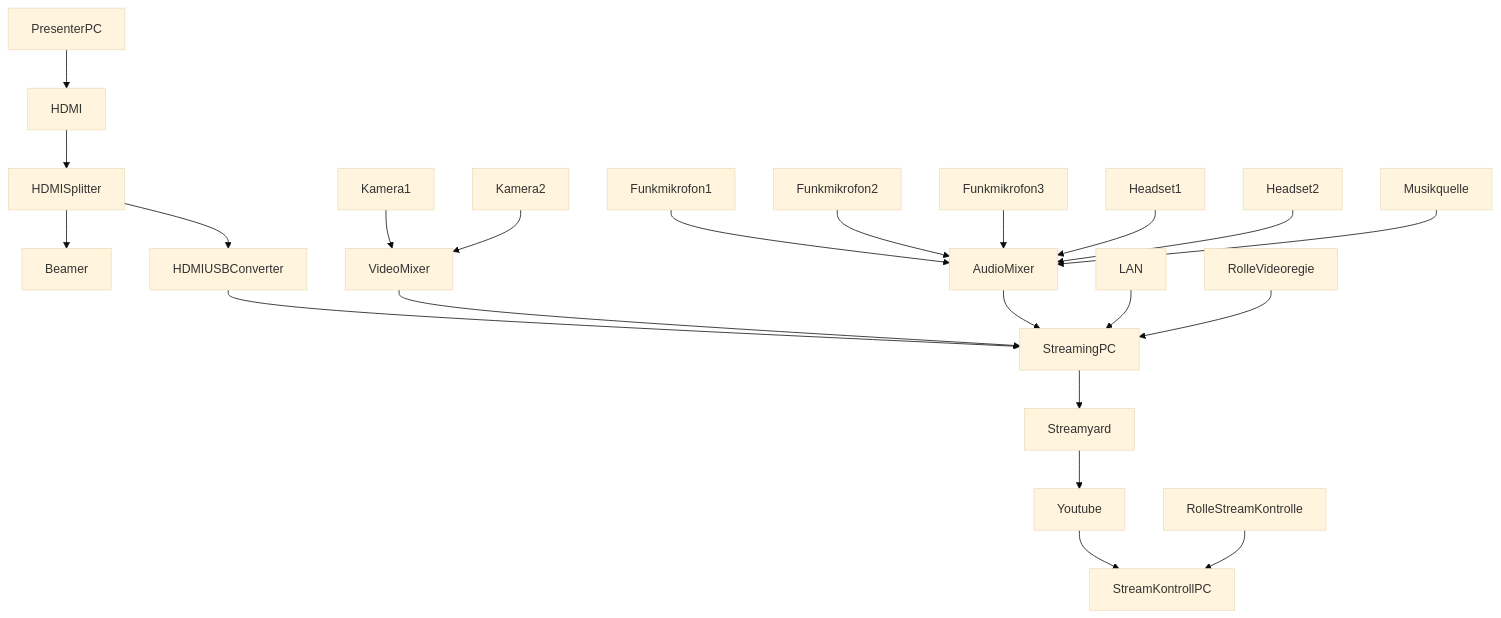
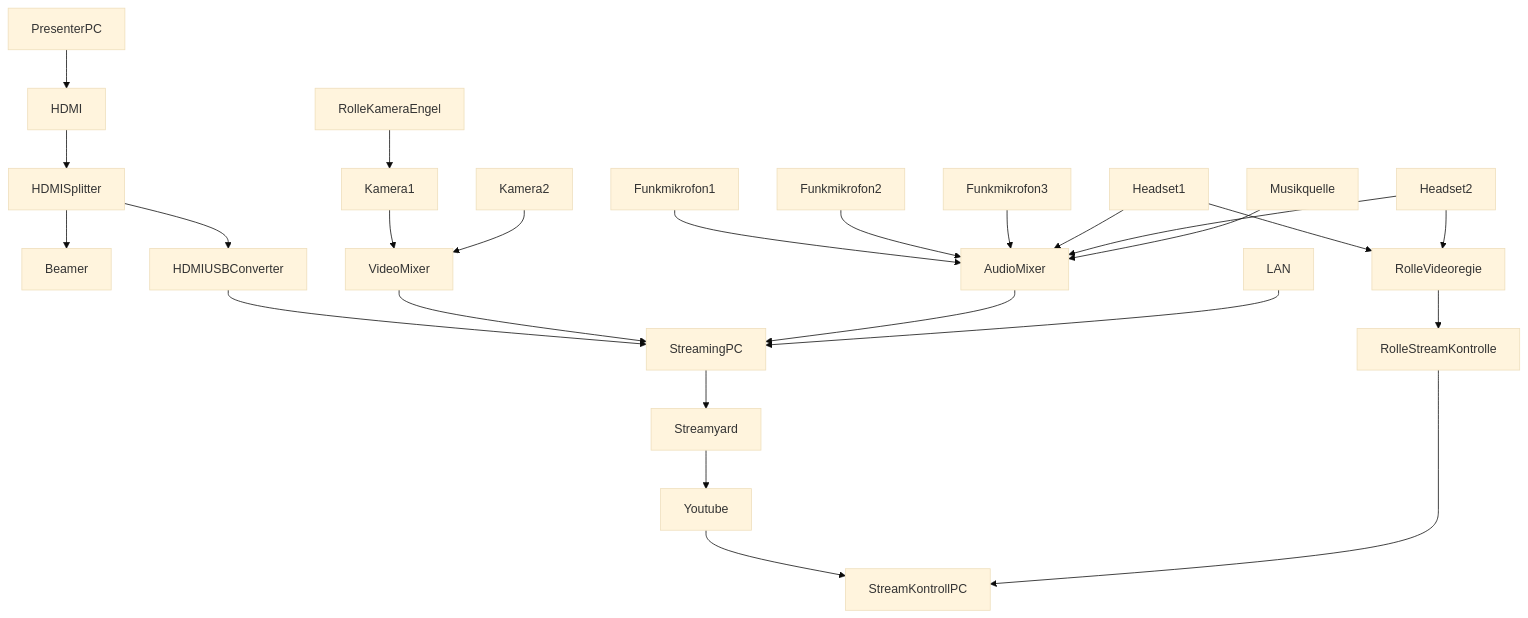
Before and after one commit to cogneon/digital-asset-pool: the first of 2 diagrams in loscon22/Readme.md, drawn with Mermaid (base theme).

````diff
--- a/loscon22/Readme.md
+++ b/loscon22/Readme.md
@@ -18,24 +18,27 @@
 ```mermaid
   graph TD;
       PresenterPC-->HDMI;
       HDMI-->HDMISplitter;
       HDMISplitter-->Beamer;
       HDMISplitter-->HDMIUSBConverter;
       HDMIUSBConverter-->StreamingPC;
       Funkmikrofon1-->AudioMixer;
       Funkmikrofon2-->AudioMixer;
       Funkmikrofon3-->AudioMixer;
       Headset1-->AudioMixer;
       Headset2-->AudioMixer;
       Musikquelle-->AudioMixer;
       Kamera1-->VideoMixer;
+      RolleKameraEngel-->Kamera1;
       Kamera2-->VideoMixer;
       VideoMixer-->StreamingPC;
       AudioMixer-->StreamingPC;
       LAN-->StreamingPC;
       StreamingPC-->Streamyard;
       Streamyard-->Youtube;
       Youtube-->StreamKontrollPC;
-      RolleVideoregie-->StreamingPC;
+      Headset1-->RolleVideoregie;
+      Headset2-->RolleVideoregie;
+      RolleVideoregie-->RolleStreamKontrolle;
       RolleStreamKontrolle-->StreamKontrollPC;
 ```
````
